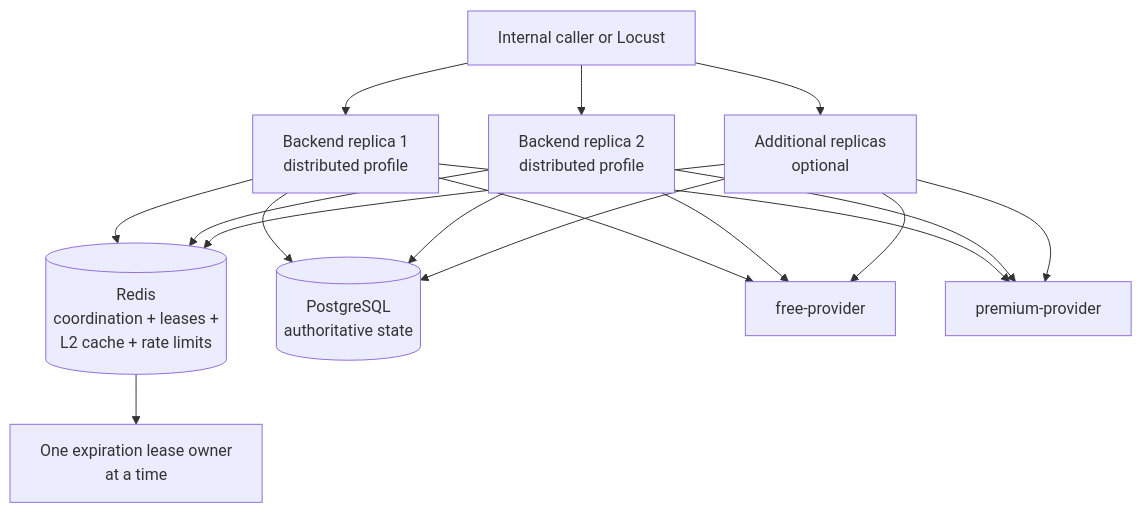
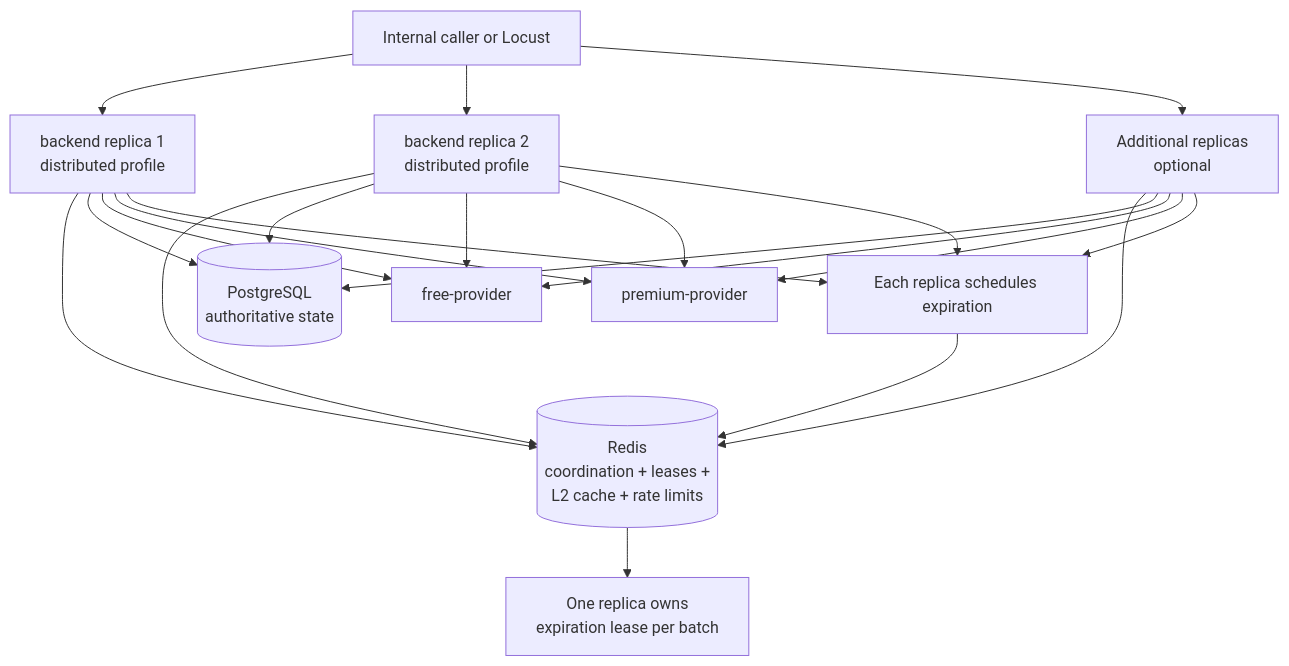
The fourth of 5 diagrams in docs/architecture/runtime-architecture.md (migangdelzar/company-check-workspace), drawn with Mermaid before and after one commit. The commit also changed other lines of this file and 17 other files, not shown here.

Commit message:
docs: align architecture references with layered backend

````diff
--- a/docs/architecture/runtime-architecture.md
+++ b/docs/architecture/runtime-architecture.md
@@ -148,28 +144,34 @@
 ```mermaid
 flowchart TB
   Caller[Internal caller or Locust]
-  B1[Backend replica 1\ndistributed profile]
-  B2[Backend replica 2\ndistributed profile]
+  B1[backend replica 1\ndistributed profile]
+  B2[backend replica 2\ndistributed profile]
   Bn[Additional replicas\noptional]
   Redis[(Redis\ncoordination + leases +\nL2 cache + rate limits)]
   PG[(PostgreSQL\nauthoritative state)]
   Free[free-provider]
   Premium[premium-provider]
-  Exp[One expiration lease owner\nat a time]
+  S1[Each replica schedules expiration]
+  Lease[One replica owns\nexpiration lease per batch]
+
   Caller --> B1
   Caller --> B2
   Caller --> Bn
   B1 --> Redis
   B2 --> Redis
   Bn --> Redis
   B1 --> PG
   B2 --> PG
   Bn --> PG
   B1 --> Free
   B2 --> Free
   Bn --> Free
   B1 --> Premium
   B2 --> Premium
   Bn --> Premium
-  Redis --> Exp
+  B1 --> S1
+  B2 --> S1
+  Bn --> S1
+  S1 --> Redis
+  Redis --> Lease
 ```
````
